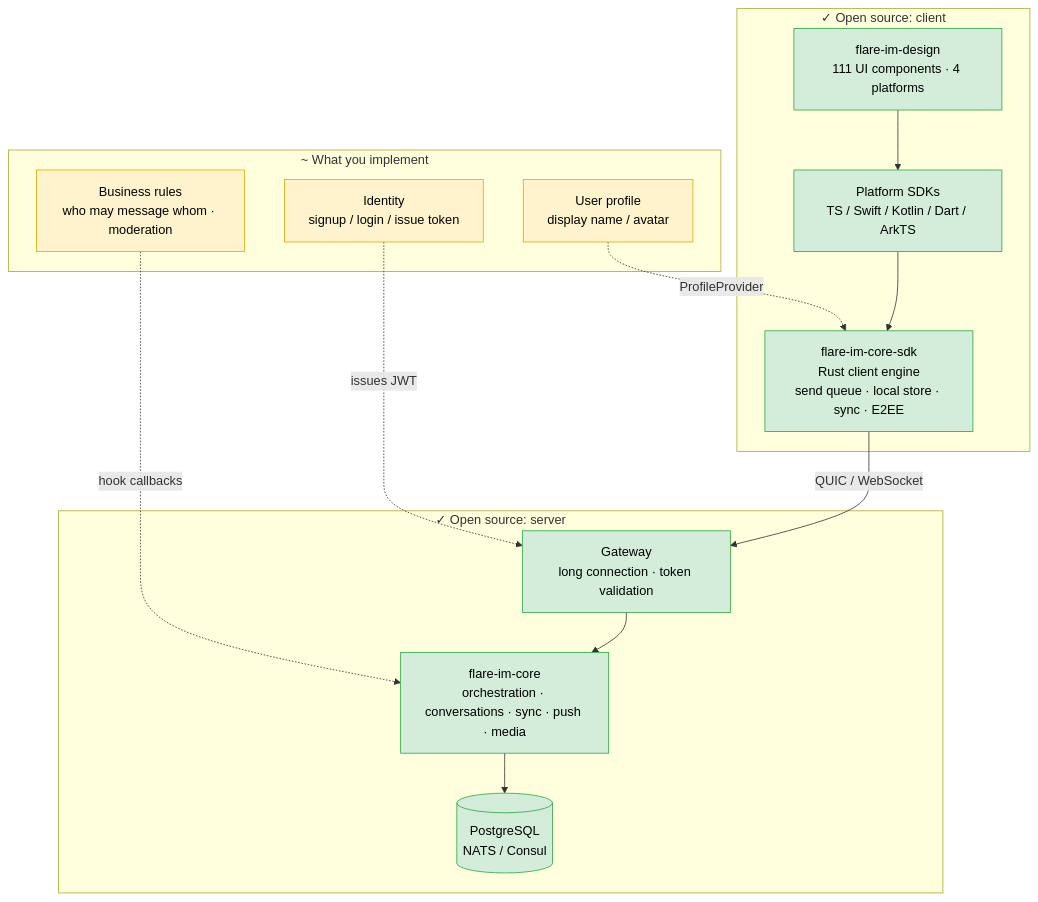
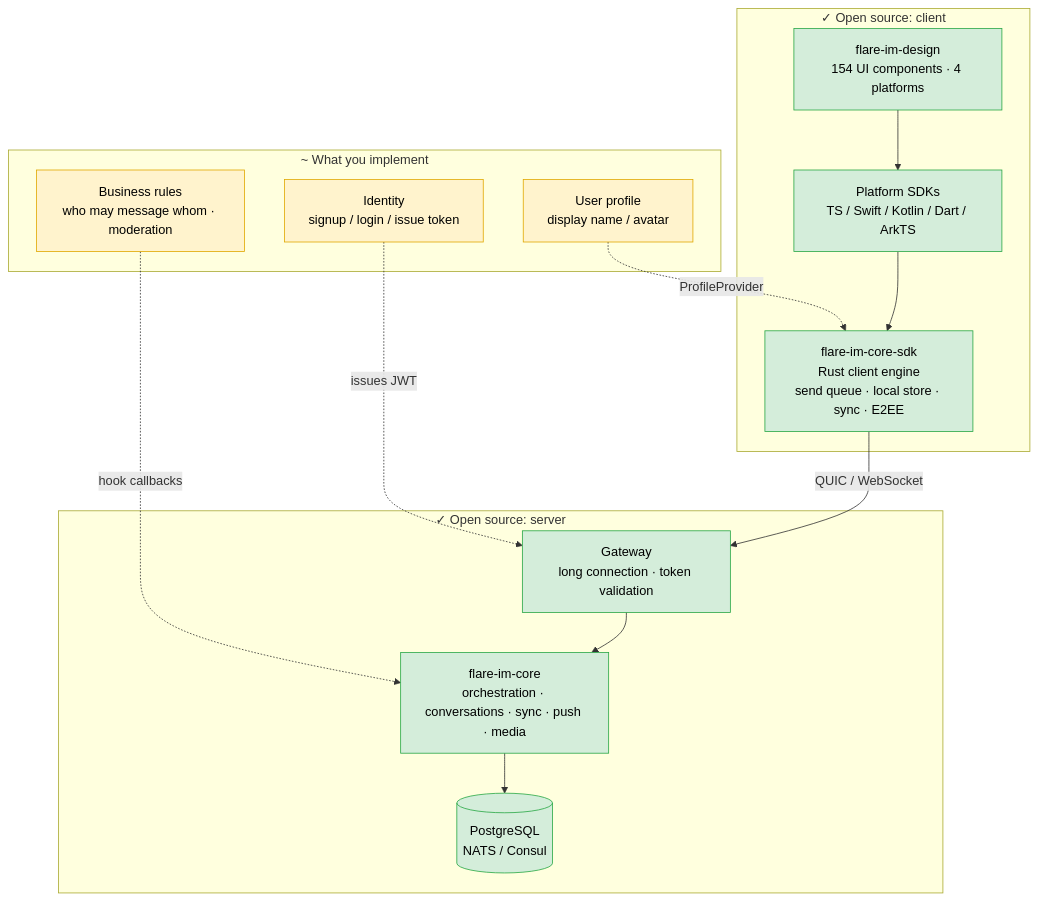
Before and after one commit to flare-im/flare-im-core-server: the first of 2 diagrams in README.md, drawn with Mermaid. The commit also changed other lines of this file and 2 other files, not shown here.

Commit message:
chore: README UI 组件数 111 → 154;h2 0.4.16 → 0.4.19、rustls 0.23.35 → 0.23.45
- check_readme_numbers 以同级 flare-im-design 的组件目录为准,kit 已到 154,CI 的 README 数字门禁一直红
- h2 修 RUSTSEC-2026-0258,rustls 修 RUSTSEC-2026-0285(aws-lc-rs / aws-lc-sys 随之升级),依赖审计只剩已放行的 warning

````diff
--- a/README.md
+++ b/README.md
@@ -57,32 +57,32 @@
 ```mermaid
 flowchart TB
     subgraph yours["~ What you implement"]
         auth["Identity<br/>signup / login / issue token"]
         rules["Business rules<br/>who may message whom · moderation"]
         profile["User profile<br/>display name / avatar"]
     end
 
     subgraph client["✓ Open source: client"]
-        ui["flare-im-design<br/>111 UI components · 4 platforms"]
+        ui["flare-im-design<br/>154 UI components · 4 platforms"]
         sdk["Platform SDKs<br/>TS / Swift / Kotlin / Dart / ArkTS"]
         engine["flare-im-core-sdk<br/>Rust client engine<br/>send queue · local store · sync · E2EE"]
     end
 
     subgraph server["✓ Open source: server"]
         gw["Gateway<br/>long connection · token validation"]
         core["flare-im-core<br/>orchestration · conversations · sync · push · media"]
         store[("PostgreSQL<br/>NATS / Consul")]
     end
 
     auth -. "issues JWT" .-> gw
     rules -. "hook callbacks" .-> core
     profile -. "ProfileProvider" .-> engine
 
     ui --> sdk --> engine
     engine -- "QUIC / WebSocket" --> gw --> core --> store
 
     classDef mine fill:#FFF3CD,stroke:#E0A800,color:#000
     classDef oss fill:#D4EDDA,stroke:#28A745,color:#000
     class auth,rules,profile mine
     class ui,sdk,engine,gw,core,store oss
 ```
````
